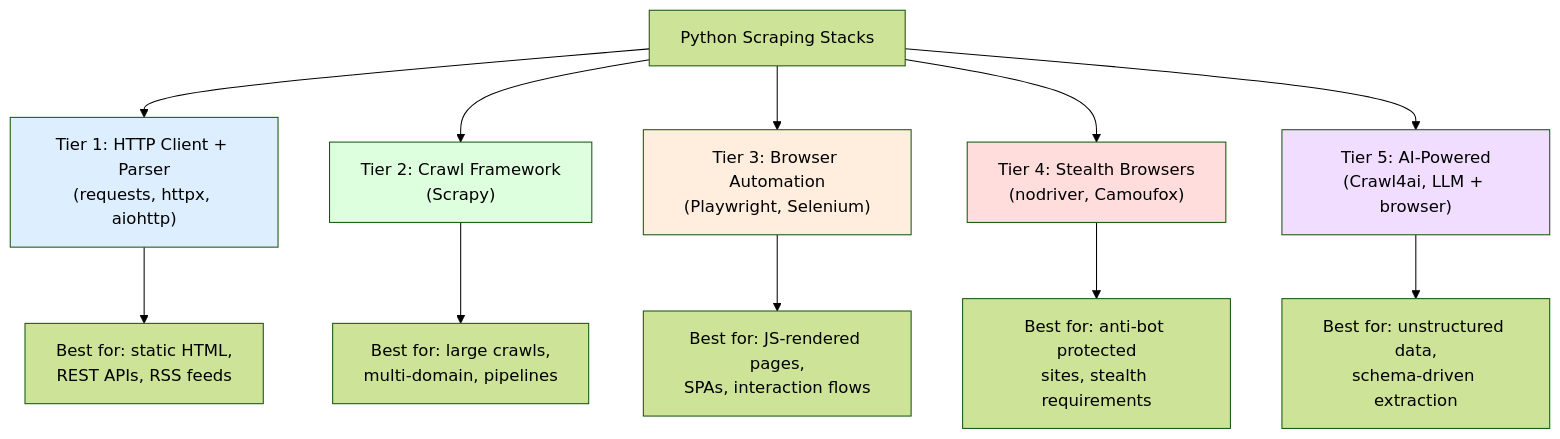
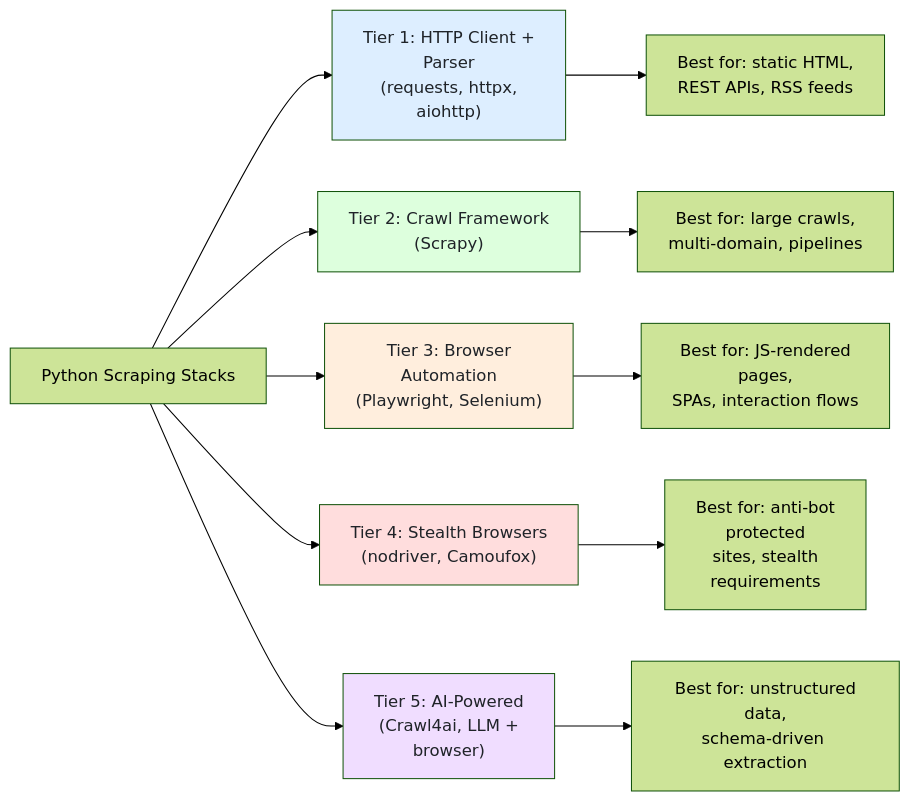
Before and after one commit to bytetunnels/bytetunnels.github.com: the first of 6 diagrams in _posts/2026-02-20-best-python-scraper-for-automation-choosing-your-stack.md, drawn with Mermaid (forest theme). The commit also changed other lines of this file and 118 other files, not shown here.

Commit message:
feat: improve diagram styling and compact wide flowcharts

````diff
--- a/_posts/2026-02-20-best-python-scraper-for-automation-choosing-your-stack.md
+++ b/_posts/2026-02-20-best-python-scraper-for-automation-choosing-your-stack.md
@@ -19,20 +19,20 @@
 ```mermaid
-graph TD
-    A["Python Scraping Stacks"] --> B["Tier 1: HTTP Client + Parser<br>(requests, httpx, aiohttp)"]
-    A --> C["Tier 2: Crawl Framework<br>(Scrapy)"]
-    A --> D["Tier 3: Browser Automation<br>(Playwright, Selenium)"]
-    A --> E["Tier 4: Stealth Browsers<br>(nodriver, Camoufox)"]
-    A --> F["Tier 5: AI-Powered<br>(Crawl4ai, LLM + browser)"]
+graph LR
+    A["Python Scraping Stacks"] --> B["Tier 1: HTTP Client +<br/>Parser<br/>(requests, httpx,<br/>aiohttp)"]
+    A --> C["Tier 2: Crawl Framework<br/>(Scrapy)"]
+    A --> D["Tier 3: Browser<br/>Automation<br/>(Playwright, Selenium)"]
+    A --> E["Tier 4: Stealth Browsers<br/>(nodriver, Camoufox)"]
+    A --> F["Tier 5: AI-Powered<br/>(Crawl4ai, LLM +<br/>browser)"]
 
-    B --> B1["Best for: static HTML,<br>REST APIs, RSS feeds"]
-    C --> C1["Best for: large crawls,<br>multi-domain, pipelines"]
-    D --> D1["Best for: JS-rendered pages,<br>SPAs, interaction flows"]
-    E --> E1["Best for: anti-bot protected<br>sites, stealth requirements"]
-    F --> F1["Best for: unstructured data,<br>schema-driven extraction"]
+    B --> B1["Best for: static HTML,<br/>REST APIs, RSS feeds"]
+    C --> C1["Best for: large crawls,<br/>multi-domain, pipelines"]
+    D --> D1["Best for: JS-rendered<br/>pages,<br/>SPAs, interaction flows"]
+    E --> E1["Best for: anti-bot<br/>protected<br/>sites, stealth<br/>requirements"]
+    F --> F1["Best for: unstructured<br/>data,<br/>schema-driven extraction"]
 
-    style B fill:#ddeeff
-    style C fill:#ddffdd
-    style D fill:#ffeedd
-    style E fill:#ffdddd
-    style F fill:#f0ddff
+    style B fill:#ddeeff,color:#1f2328
+    style C fill:#ddffdd,color:#1f2328
+    style D fill:#ffeedd,color:#1f2328
+    style E fill:#ffdddd,color:#1f2328
+    style F fill:#f0ddff,color:#1f2328
 ```
````
